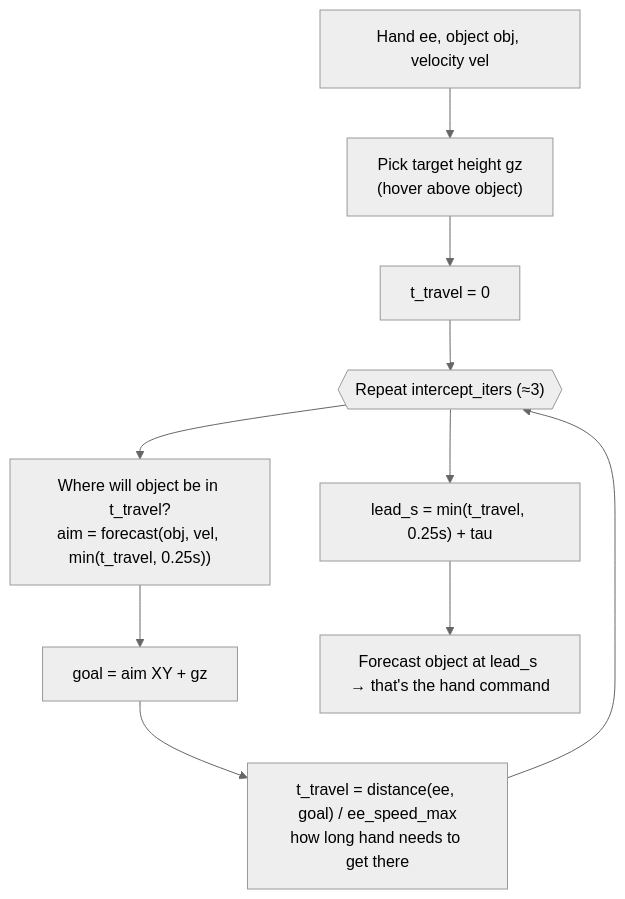
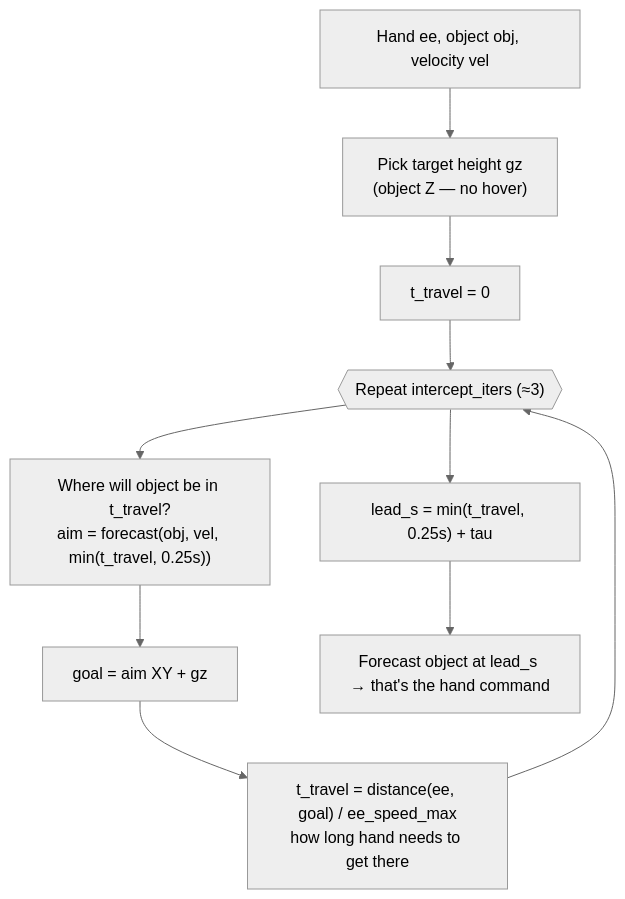
One commit to muazz-ali/foresight changed the second of 4 diagrams in foresight_docs/intercept-servo-flow.md. Above: the diagram before and after it, drawn with Mermaid (neutral theme). The commit also changed other lines of this file and 300 other files, not shown here.

````diff
--- a/foresight_docs/intercept-servo-flow.md
+++ b/foresight_docs/intercept-servo-flow.md
@@ -49,16 +46,16 @@
 ```mermaid
 flowchart TD
-    START[Hand ee, object obj, velocity vel] --> GZ["Pick target height gz<br/>(hover above object)"]
+    START[Hand ee, object obj, velocity vel] --> GZ["Pick target height gz<br/>(object Z — no hover)"]
     GZ --> T0["t_travel = 0"]
 
     T0 --> LOOP{{"Repeat intercept_iters (≈3)"}}
 
     LOOP --> F1["Where will object be in t_travel?<br/>aim = forecast(obj, vel, min(t_travel, 0.25s))"]
     F1 --> G1["goal = aim XY + gz"]
     G1 --> F2["t_travel = distance(ee, goal) / ee_speed_max<br/>how long hand needs to get there"]
 
     F2 --> LOOP
 
     LOOP --> OUT["lead_s = min(t_travel, 0.25s) + tau"]
     OUT --> USE["Forecast object at lead_s → that's the hand command"]
 ```
````
